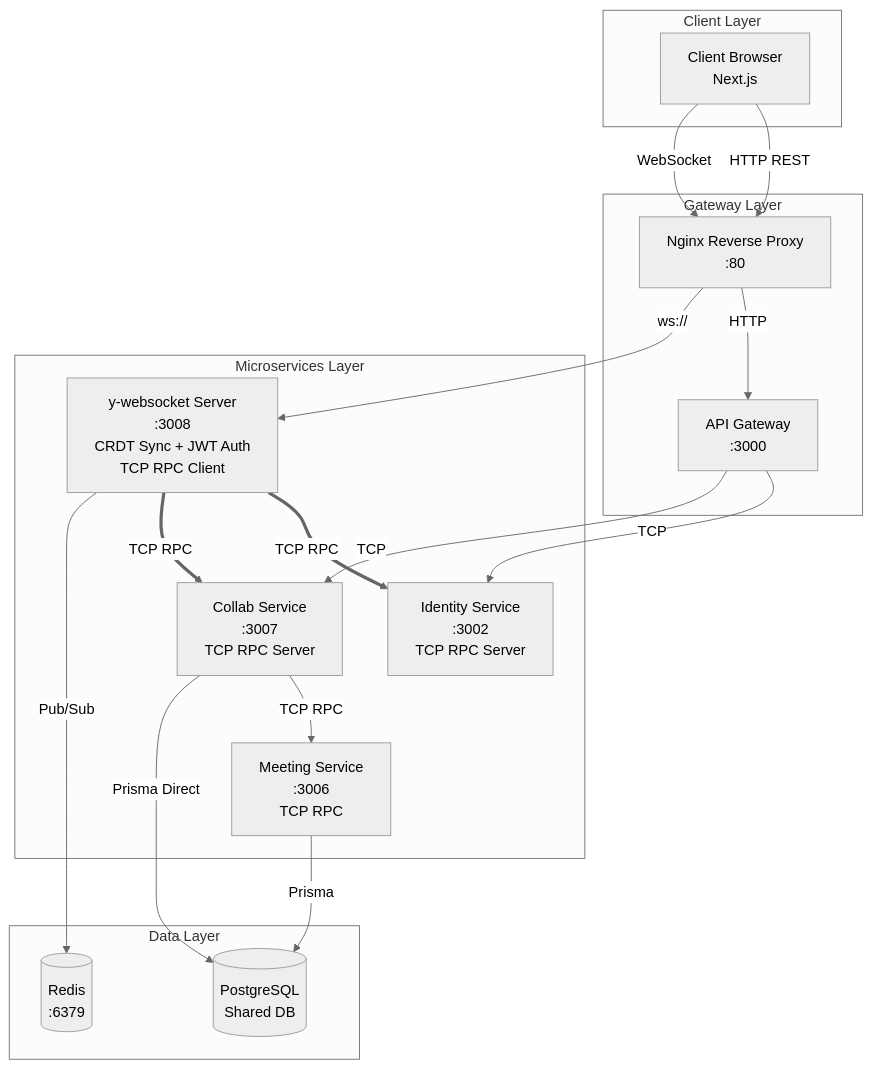
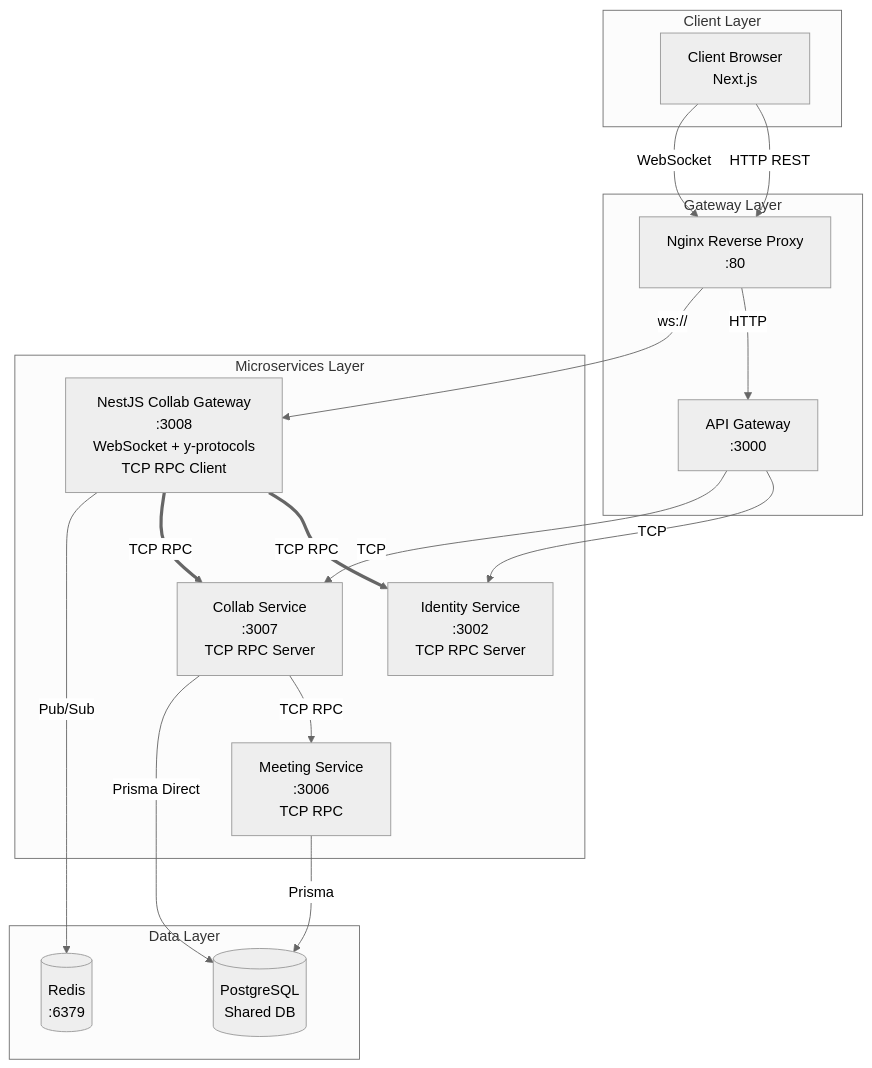
The first of 3 diagrams in documents/ms/collab_service/idea/architecture.md (Yamaaaaaaaa/VDT_miniproject_TranscriptHub), drawn with Mermaid (neutral theme) before and after one commit. The commit also changed other lines of this file and 25 other files, not shown here.

````diff
--- a/documents/ms/collab_service/idea/architecture.md
+++ b/documents/ms/collab_service/idea/architecture.md
@@ -62,48 +274,48 @@
 ```mermaid
 graph TB
 
     subgraph "Client Layer"
         Browser[Client Browser<br/>Next.js]
     end
 
     subgraph "Gateway Layer"
         Nginx[Nginx Reverse Proxy<br/>:80]
         APIGateway[API Gateway<br/>:3000]
     end
 
     subgraph "Microservices Layer"
-        yWS[y-websocket Server<br/>:3008<br/>CRDT Sync + JWT Auth<br/>TCP RPC Client]
+        CollabWS[NestJS Collab Gateway<br/>:3008<br/>WebSocket + y-protocols<br/>TCP RPC Client]
         Identity[Identity Service<br/>:3002<br/>TCP RPC Server]
         Collab[Collab Service<br/>:3007<br/>TCP RPC Server]
         Meeting[Meeting Service<br/>:3006<br/>TCP RPC]
     end
 
     subgraph "Data Layer"
         Redis[(Redis<br/>:6379)]
         PG[(PostgreSQL<br/>Shared DB)]
     end
 
     %% Client -> Gateway
     Browser -->|HTTP REST| Nginx
     Browser -->|WebSocket| Nginx
 
     %% Gateway Routing
     Nginx -->|HTTP| APIGateway
-    Nginx -->|ws://| yWS
+    Nginx -->|ws://| CollabWS
 
     %% API Gateway -> Services
     APIGateway -->|TCP| Identity
     APIGateway -->|TCP| Collab
 
     %% WebSocket Service
-    yWS ==>|TCP RPC| Identity
-    yWS ==>|TCP RPC| Collab
-    yWS -->|Pub/Sub| Redis
+    CollabWS ==>|TCP RPC| Identity
+    CollabWS ==>|TCP RPC| Collab
+    CollabWS -->|Pub/Sub| Redis
 
     %% Internal Service Communication
     Collab -->|TCP RPC| Meeting
 
     %% Database Access
     Collab -->|Prisma Direct| PG
     Meeting -->|Prisma| PG
 ```
````
